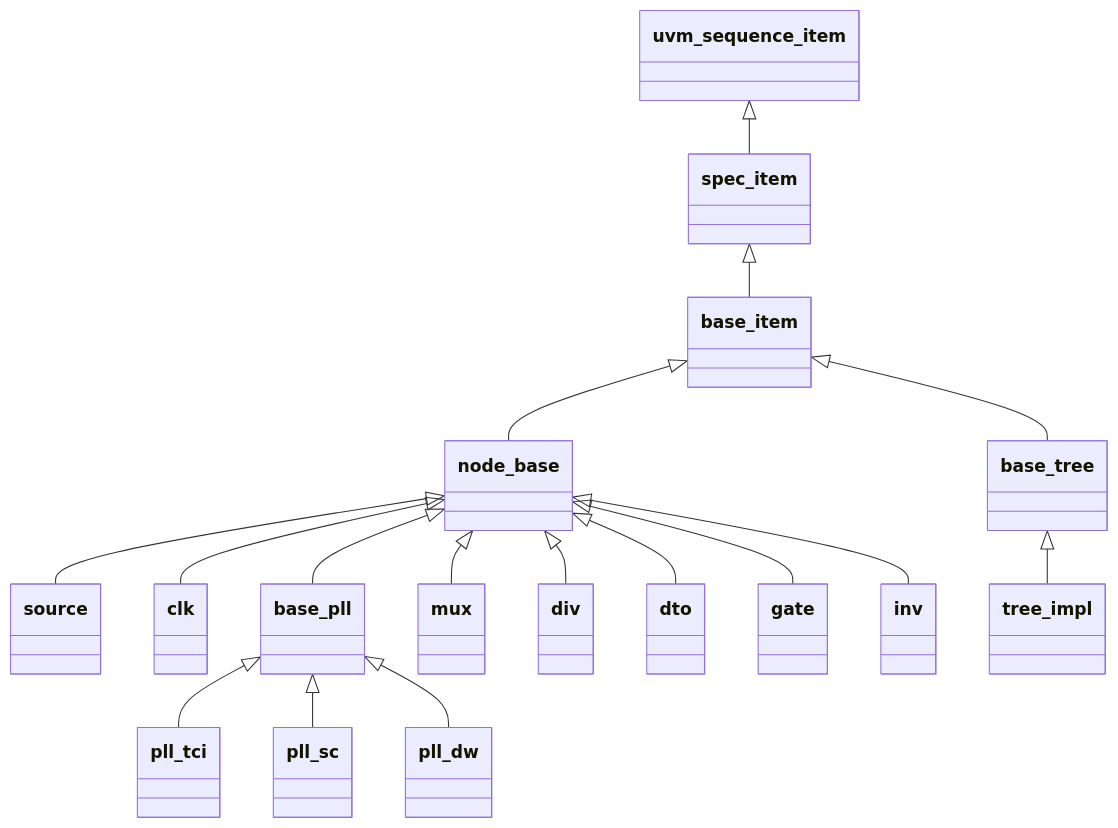
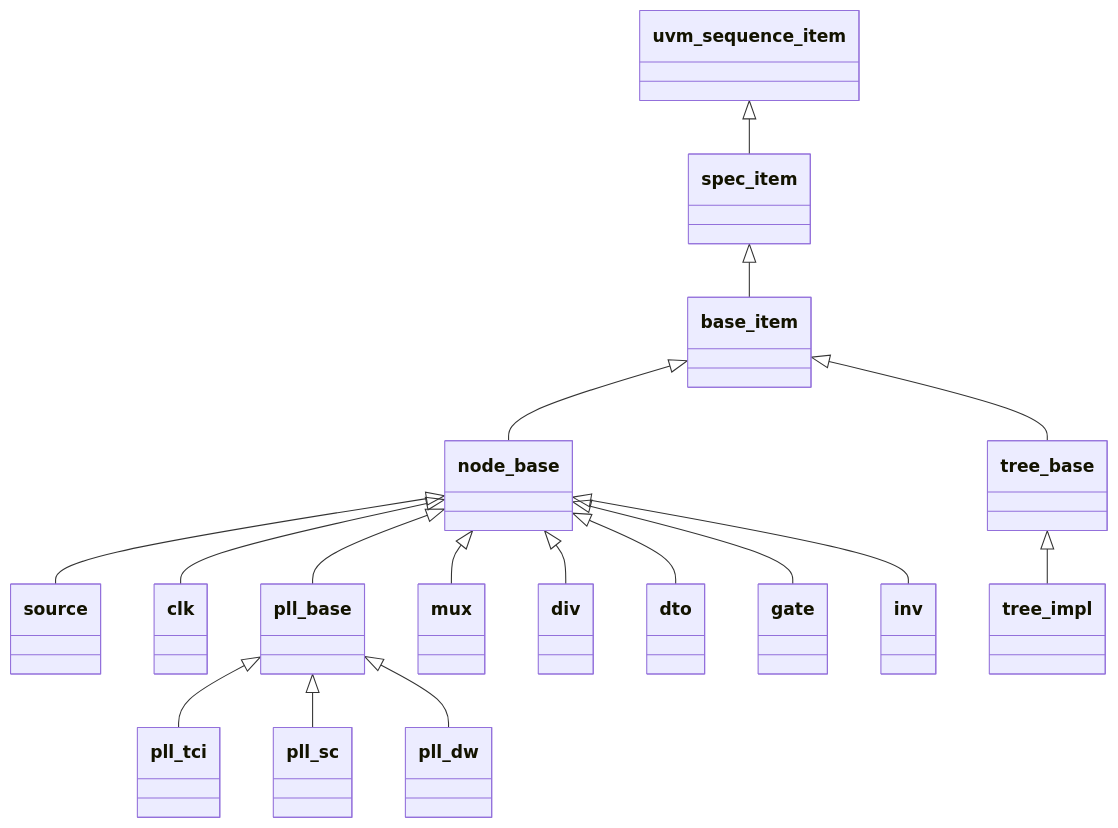
Before and after one commit to XiaoHui2023/templates: the diagram in src/sv/agent/clock_tree/model.md, drawn with Mermaid. The commit also changed other lines of this file and 30 other files, not shown here.

Commit message:
clock_tree: add pll_inno, rename base classes, and refine config_reg

````diff
--- a/src/sv/agent/clock_tree/model.md
+++ b/src/sv/agent/clock_tree/model.md
@@ -9,19 +9,19 @@
 ```mermaid
 classDiagram
     uvm_sequence_item <|-- spec_item
     spec_item <|-- base_item
     base_item <|-- node_base
-    base_item <|-- base_tree
+    base_item <|-- tree_base
     node_base <|-- source
     node_base <|-- clk
-    node_base <|-- base_pll
-    base_pll <|-- pll_tci
-    base_pll <|-- pll_sc
-    base_pll <|-- pll_dw
+    node_base <|-- pll_base
+    pll_base <|-- pll_tci
+    pll_base <|-- pll_sc
+    pll_base <|-- pll_dw
     node_base <|-- mux
     node_base <|-- div
     node_base <|-- dto
     node_base <|-- gate
     node_base <|-- inv
-    base_tree <|-- tree_impl
+    tree_base <|-- tree_impl
 ```
````
